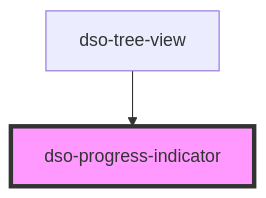
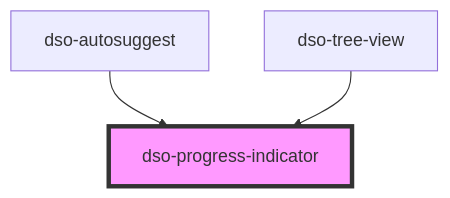
Before and after one commit to dso-toolkit/dso-toolkit: the diagram in packages/core/src/components/progress-indicator/readme.md, drawn with Mermaid. The commit also changed other lines of this file and 1 other file, not shown here.

Commit message:
#1582 Autosuggest loading state toevoegen
* readme.md (autogenerated)

````diff
--- a/packages/core/src/components/progress-indicator/readme.md
+++ b/packages/core/src/components/progress-indicator/readme.md
@@ -24,5 +25,6 @@
 ```mermaid
 graph TD;
+  dso-autosuggest --> dso-progress-indicator
   dso-tree-view --> dso-progress-indicator
   style dso-progress-indicator fill:#f9f,stroke:#333,stroke-width:4px
 ```
````
